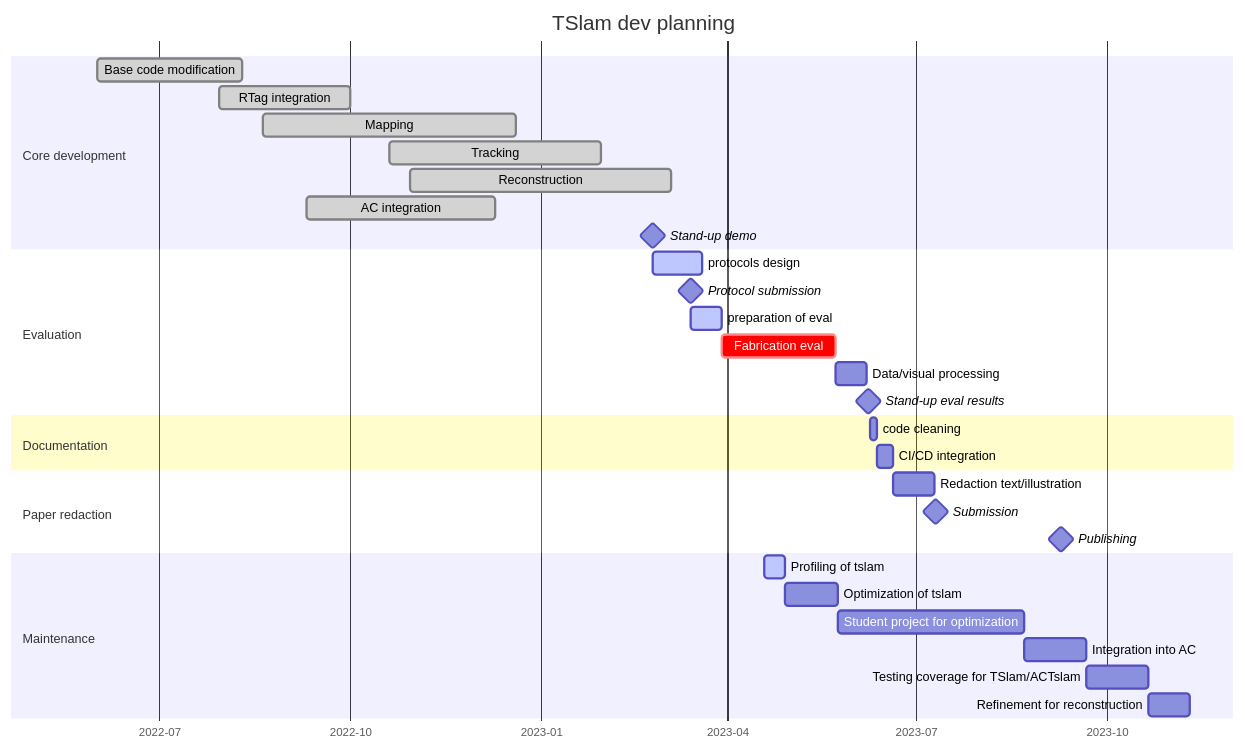
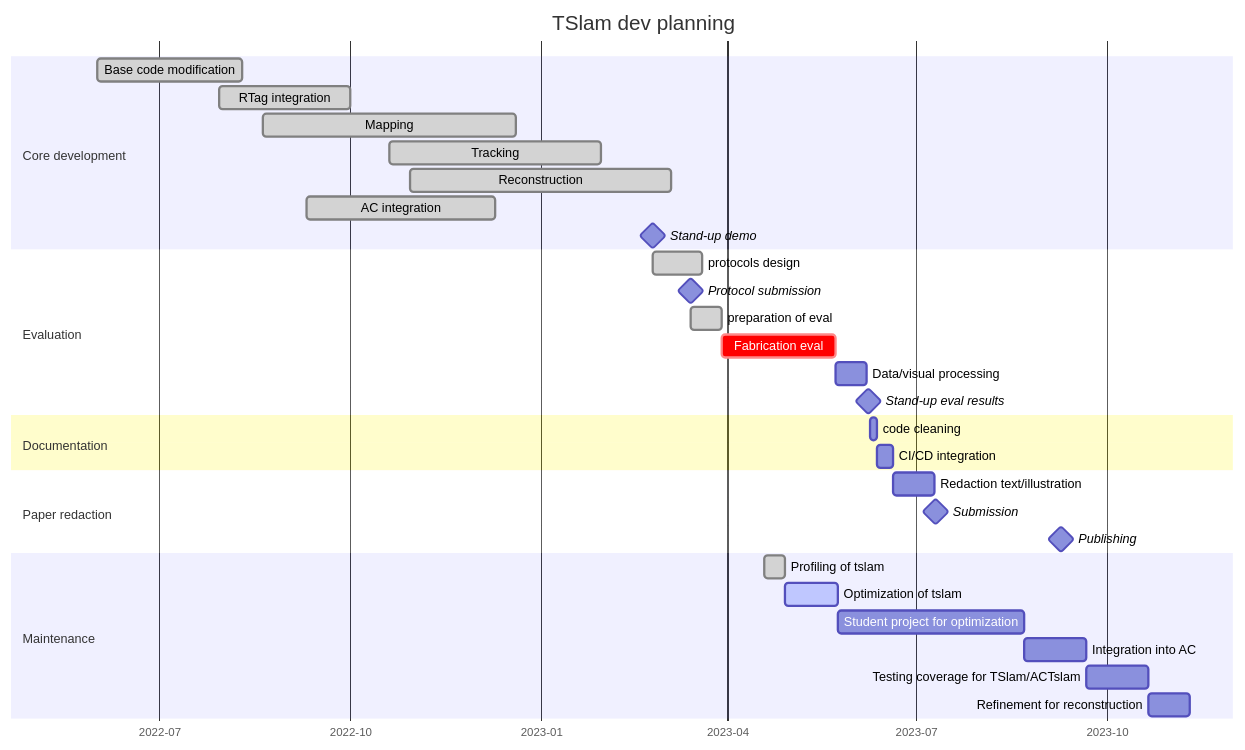
The diagram in README.md (ibois-epfl/TSlam), drawn with Mermaid before and after one commit.

Commit message:
UPDATE: mise à jour planning tslam

````diff
--- a/README.md
+++ b/README.md
@@ -12,40 +12,40 @@
 ```mermaid
 gantt
     dateFormat  YYYY-MM-DD
     title       TSlam dev planning
     axisFormat %Y-%m
 
     section Core development
     Base code modification          :done, ucm, 2022-06-01, 2022-08-10
     RTag integration                :done, rti, 2022-07-30, 2022-10-01
     Mapping                         :done, map, 2022-08-20, 2022-12-20
     Tracking                        :done, trck, 2022-10-20, 2023-01-30
     Reconstruction                  :done, rec, 2022-10-30, 2023-03-05
     AC integration                  :done, aci, 2022-09-10, 2022-12-10
     Stand-up demo                   :milestone, 2023-02-24, 0d
 
     section Evaluation
-    protocols design                :active, ptrd, 2023-02-24, 2023-03-20
+    protocols design                :done, ptrd, 2023-02-24, 2023-03-20
     Protocol submission             :milestone, 2023-03-14, 0d
-    preparation of eval             :active, 15d
+    preparation of eval             :done, 15d
     Fabrication eval                :crit, 55d
     Data/visual processing          :15d
     Stand-up eval results           :milestone, 2d
 
     section Documentation
     code cleaning                   :3d
     CI/CD integration               :8d
 
     section Paper redaction
     Redaction text/illustration     :20d
     Submission                      :milestone, 1d
     Publishing                      :milestone, 120d
     
     section Maintenance            
-    Profiling of tslam                  :active, opti, 2023-04-19, 10d
-    Optimization of tslam               :25d
+    Profiling of tslam                  :done, opti, 2023-04-19, 10d
+    Optimization of tslam               :active, 25d
     Student project for optimization    :90d
     Integration into AC                 :30d
     Testing coverage for TSlam/ACTslam  :30d
     Refinement for reconstruction       :20d
 ```
````
